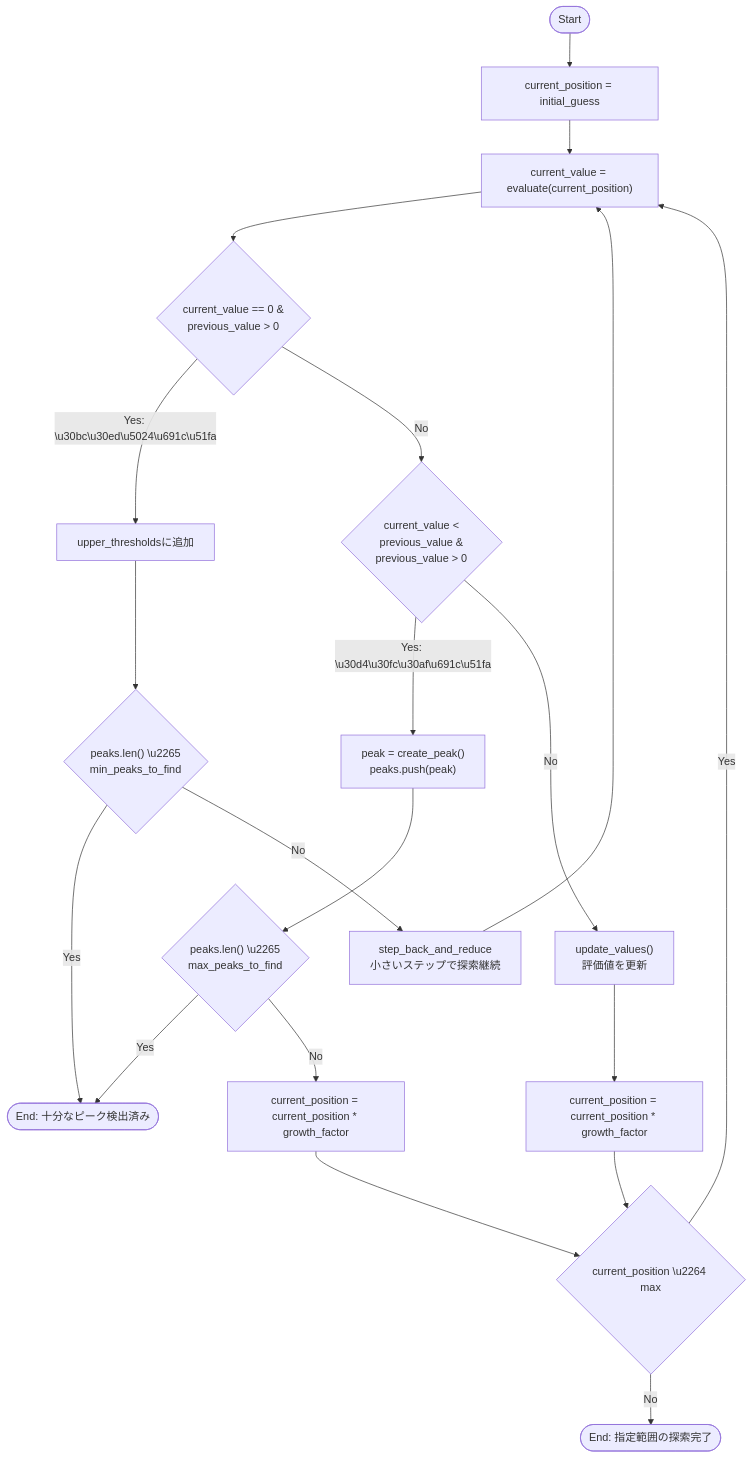
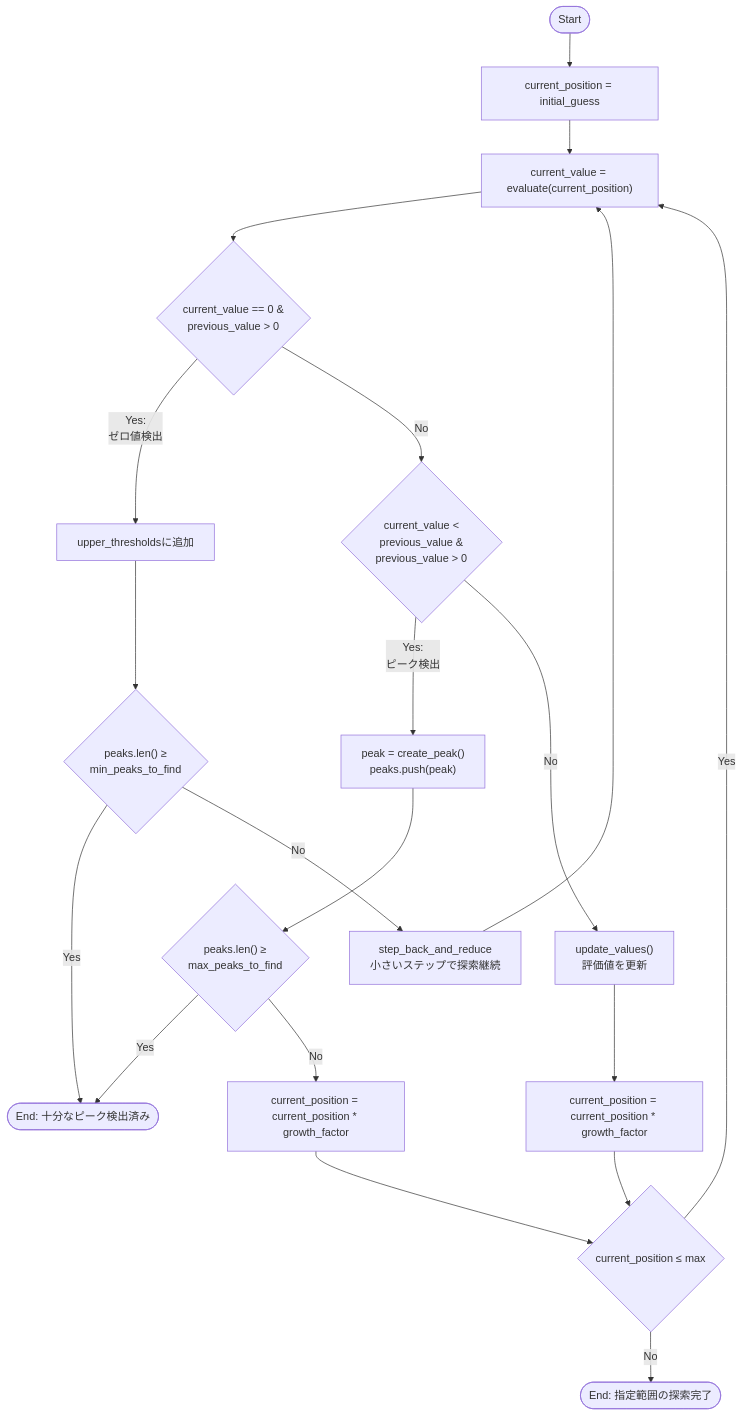
Before and after one commit to fathens/zaciraci: the third of 3 diagrams in diagram/optimization_algorithm_phase1.md, drawn with Mermaid. The commit also changed other lines of this file, not shown here.

First line of the commit message:
fix(docs): correct character encoding in mermaid diagrams

````diff
--- a/diagram/optimization_algorithm_phase1.md
+++ b/diagram/optimization_algorithm_phase1.md
@@ -181,31 +181,31 @@
 ```mermaid
 flowchart TD
     A(["Start"]) --> B["current_position = initial_guess"];
     B --> C["current_value = evaluate(current_position)"];
     C --> D{"current_value == 0 &
 previous_value > 0"};
     
-    D -->|"Yes: \n\u30bc\u30ed\u5024\u691c\u51fa"| E["upper_thresholdsに追加"];
-    E --> F{"peaks.len() \u2265\nmin_peaks_to_find"};
+    D -->|"Yes: <br>ゼロ値検出"| E["upper_thresholdsに追加"];
+    E --> F{"peaks.len() ≥<br>min_peaks_to_find"};
     F -->|"Yes"| G(["End: 十分なピーク検出済み"]);
-    F -->|"No"| H["step_back_and_reduce\n小さいステップで探索継続"];
+    F -->|"No"| H["step_back_and_reduce<br>小さいステップで探索継続"];
     H --> C;
     
     D -->|"No"| I{"current_value <
 previous_value &
 previous_value > 0"};
     
-    I -->|"Yes: \n\u30d4\u30fc\u30af\u691c\u51fa"| J["peak = create_peak()\npeaks.push(peak)"];
-    J --> K{"peaks.len() \u2265\nmax_peaks_to_find"};
+    I -->|"Yes: <br>ピーク検出"| J["peak = create_peak()<br>peaks.push(peak)"];
+    J --> K{"peaks.len() ≥<br>max_peaks_to_find"};
     K -->|"Yes"| G;
-    K -->|"No"| L["current_position = \ncurrent_position * growth_factor"];
+    K -->|"No"| L["current_position = <br>current_position * growth_factor"];
     
-    I -->|"No"| M["update_values()\n評価値を更新"];
-    M --> N["current_position = \ncurrent_position * growth_factor"];
+    I -->|"No"| M["update_values()<br>評価値を更新"];
+    M --> N["current_position = <br>current_position * growth_factor"];
     
-    N --> O{"current_position \u2264 max"};
+    N --> O{"current_position ≤ max"};
     L --> O;
     
     O -->|"Yes"| C;
     O -->|"No"| P(["End: 指定範囲の探索完了"]);
 ```
````
